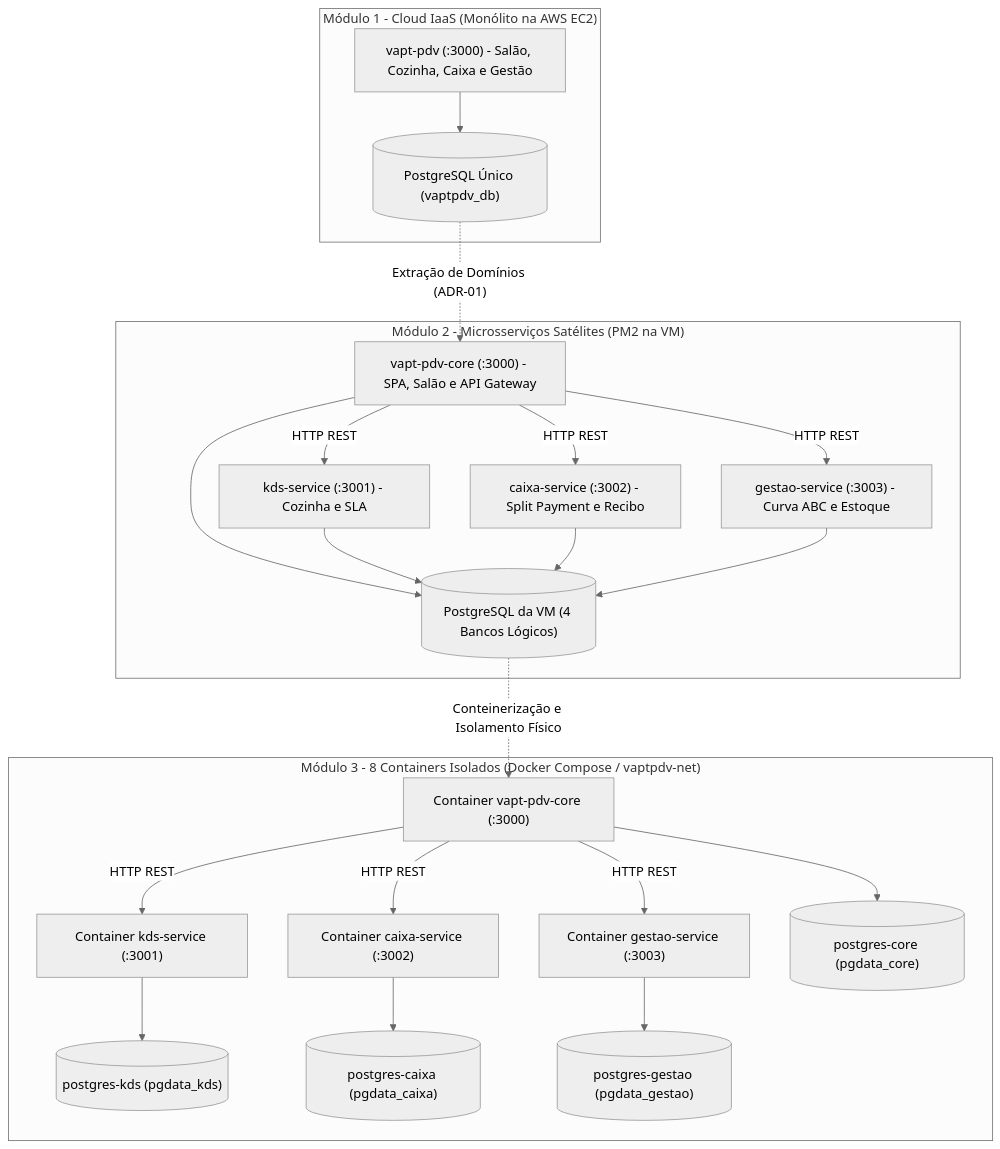
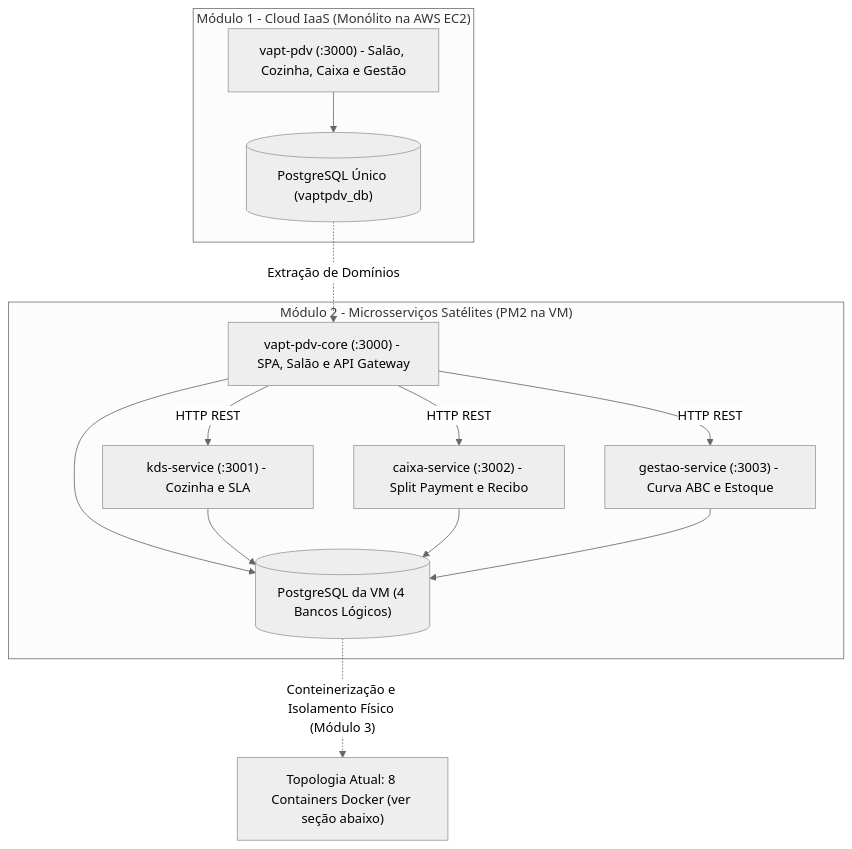
One commit to kaiofranca/vapt-pdv changed the first of 2 diagrams in README.md. Above: the diagram before and after it, drawn with Mermaid (neutral theme). The commit also changed other lines of this file and 48 other files, not shown here.

````diff
--- a/README.md
+++ b/README.md
@@ -83,47 +85,27 @@
 ```mermaid
 flowchart TD
     subgraph M1["Módulo 1 - Cloud IaaS (Monólito na AWS EC2)"]
         M1_Core["vapt-pdv (:3000) - Salão, Cozinha, Caixa e Gestão"]
         M1_DB[("PostgreSQL Único (vaptpdv_db)")]
         M1_Core --> M1_DB
     end
 
     subgraph M2["Módulo 2 - Microsserviços Satélites (PM2 na VM)"]
         M2_Core["vapt-pdv-core (:3000) - SPA, Salão e API Gateway"]
         M2_KDS["kds-service (:3001) - Cozinha e SLA"]
         M2_Caixa["caixa-service (:3002) - Split Payment e Recibo"]
         M2_Gestao["gestao-service (:3003) - Curva ABC e Estoque"]
         M2_DB[("PostgreSQL da VM (4 Bancos Lógicos)")]
 
         M2_Core -->|HTTP REST| M2_KDS
         M2_Core -->|HTTP REST| M2_Caixa
         M2_Core -->|HTTP REST| M2_Gestao
         M2_Core --> M2_DB
         M2_KDS --> M2_DB
         M2_Caixa --> M2_DB
         M2_Gestao --> M2_DB
     end
 
-    subgraph M3["Módulo 3 - 8 Containers Isolados (Docker Compose / vaptpdv-net)"]
-        M3_Core["Container vapt-pdv-core (:3000)"]
-        M3_KDS["Container kds-service (:3001)"]
-        M3_Caixa["Container caixa-service (:3002)"]
-        M3_Gestao["Container gestao-service (:3003)"]
-
-        DB_Core[("postgres-core (pgdata_core)")]
-        DB_KDS[("postgres-kds (pgdata_kds)")]
-        DB_Caixa[("postgres-caixa (pgdata_caixa)")]
-        DB_Gestao[("postgres-gestao (pgdata_gestao)")]
-
-        M3_Core -->|HTTP REST| M3_KDS
-        M3_Core -->|HTTP REST| M3_Caixa
-        M3_Core -->|HTTP REST| M3_Gestao
-        M3_Core --> DB_Core
-        M3_KDS --> DB_KDS
-        M3_Caixa --> DB_Caixa
-        M3_Gestao --> DB_Gestao
-    end
-
-    M1_DB -.->|"Extração de Domínios (ADR-01)"| M2_Core
-    M2_DB -.->|"Conteinerização e Isolamento Físico"| M3_Core
+    M1_DB -.->|"Extração de Domínios"| M2_Core
+    M2_DB -.->|"Conteinerização e Isolamento Físico (Módulo 3)"| M3_Ref["Topologia Atual: 8 Containers Docker (ver seção abaixo)"]
 ```
````
